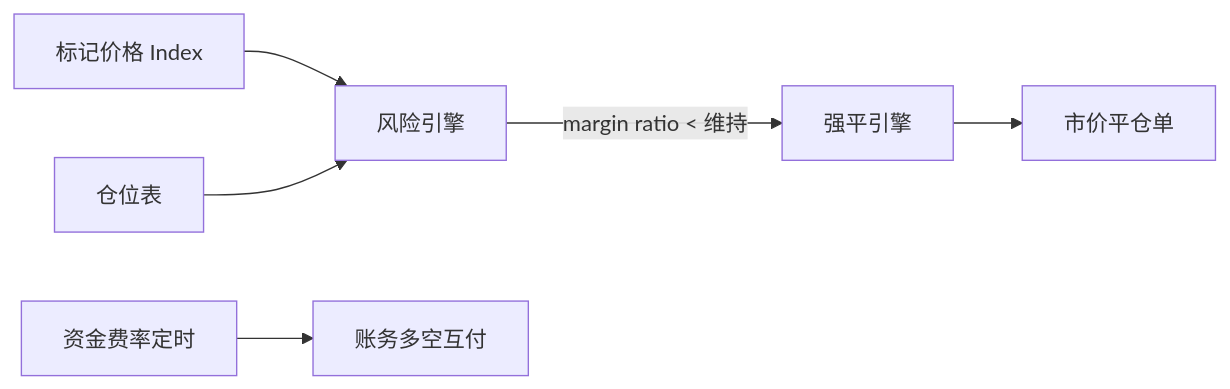
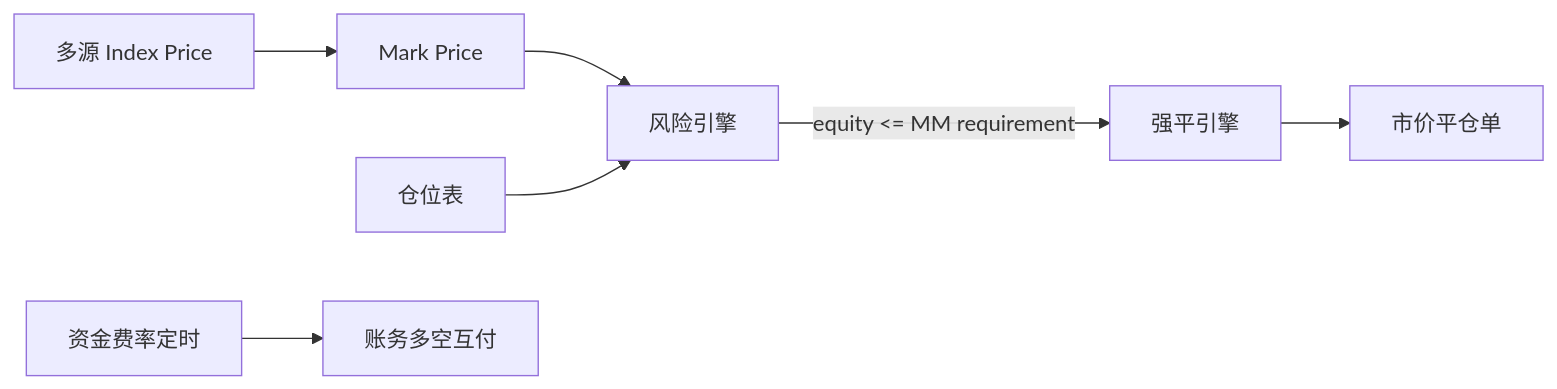
Before and after one commit to twodog-tt/Golang-development-manual: the diagram in docs/interview/14-dex-cex-engineering/S-EXCH-04-futures-margin-liquidation.md, drawn with Mermaid. The commit also changed other lines of this file and 438 other files, not shown here.

````diff
--- a/docs/interview/14-dex-cex-engineering/S-EXCH-04-futures-margin-liquidation.md
+++ b/docs/interview/14-dex-cex-engineering/S-EXCH-04-futures-margin-liquidation.md
@@ -29,8 +30,9 @@
 ```mermaid
 flowchart LR
-  Index[标记价格 Index] --> Risk[风险引擎]
+  Index[多源 Index Price] --> Mark[Mark Price]
+  Mark --> Risk[风险引擎]
   Position[仓位表] --> Risk
-  Risk -->|margin ratio < 维持| Liq[强平引擎]
+  Risk -->|equity <= MM requirement| Liq[强平引擎]
   Liq --> ME[市价平仓单]
   Funding[资金费率定时] --> Ledger[账务多空互付]
 ```
````
